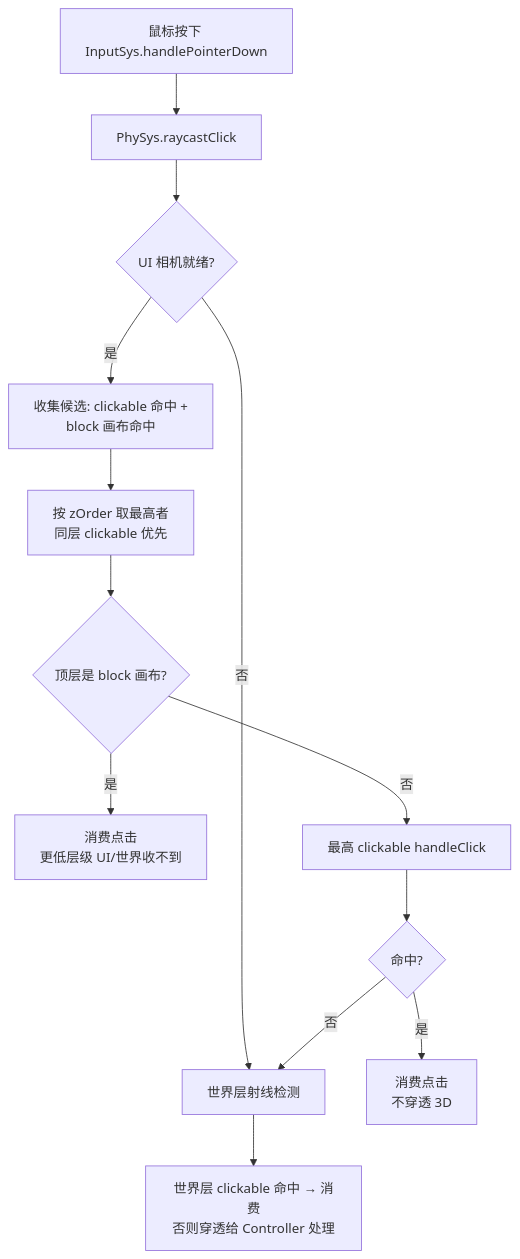
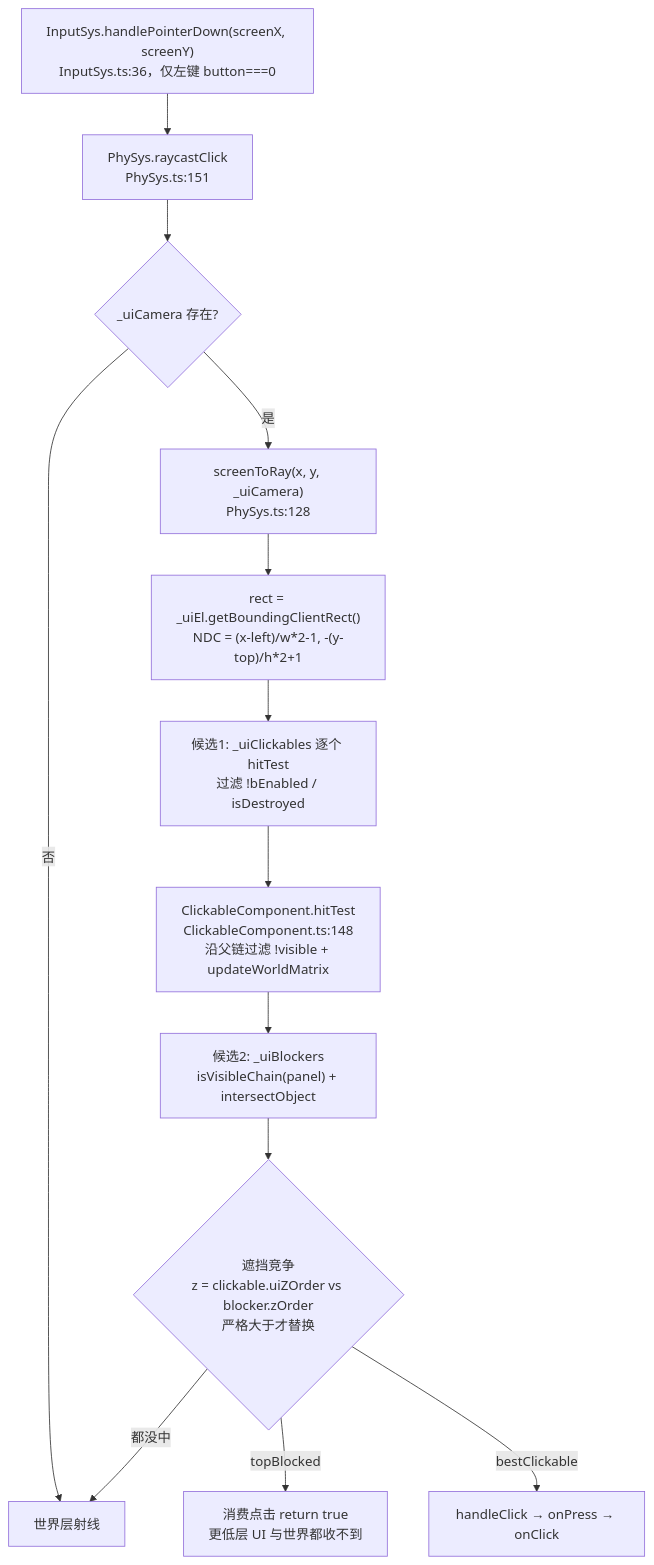
The second of 2 diagrams in doc/engine/ui_canvas_component.md (Kaplc/DemoStudio), drawn with Mermaid before and after one commit. The commit also changed other lines of this file and 38 other files, not shown here.

````diff
--- a/doc/engine/ui_canvas_component.md
+++ b/doc/engine/ui_canvas_component.md
@@ -106,15 +167,15 @@
 ```mermaid
 flowchart TD
-    A[鼠标按下 InputSys.handlePointerDown] --> B[PhySys.raycastClick]
-    B --> C{UI 相机就绪?}
-    C -->|否| W[世界层射线检测]
-    C -->|是| D[收集候选: clickable 命中 +<br/>block 画布命中]
-    D --> E[按 zOrder 取最高者<br/>同层 clickable 优先]
-    E --> F{顶层是 block 画布?}
-    F -->|是| G[消费点击<br/>更低层级 UI/世界收不到]
-    F -->|否| H[最高 clickable handleClick]
-    H --> I{命中?}
-    I -->|是| J[消费点击<br/>不穿透 3D]
-    I -->|否| W
-    W --> K[世界层 clickable 命中 → 消费<br/>否则穿透给 Controller 处理]
+    A["InputSys.handlePointerDown(screenX, screenY)<br/>InputSys.ts:36，仅左键 button===0"] --> B["PhySys.raycastClick<br/>PhySys.ts:151"]
+    B --> C{"_uiCamera 存在?"}
+    C -->|否| W["世界层射线"]
+    C -->|是| D["screenToRay(x, y, _uiCamera)<br/>PhySys.ts:128"]
+    D --> D1["rect = _uiEl.getBoundingClientRect()<br/>NDC = (x-left)/w*2-1, -(y-top)/h*2+1"]
+    D1 --> E["候选1: _uiClickables 逐个 hitTest<br/>过滤 !bEnabled / isDestroyed"]
+    E --> E1["ClickableComponent.hitTest<br/>ClickableComponent.ts:148<br/>沿父链过滤 !visible + updateWorldMatrix"]
+    E1 --> F["候选2: _uiBlockers<br/>isVisibleChain(panel) + intersectObject"]
+    F --> G{"遮挡竞争<br/>z = clickable.uiZOrder vs blocker.zOrder<br/>严格大于才替换"}
+    G -->|"topBlocked"| H["消费点击 return true<br/>更低层 UI 与世界都收不到"]
+    G -->|"bestClickable"| I["handleClick → onPress → onClick"]
+    G -->|"都没中"| W
 ```
````
